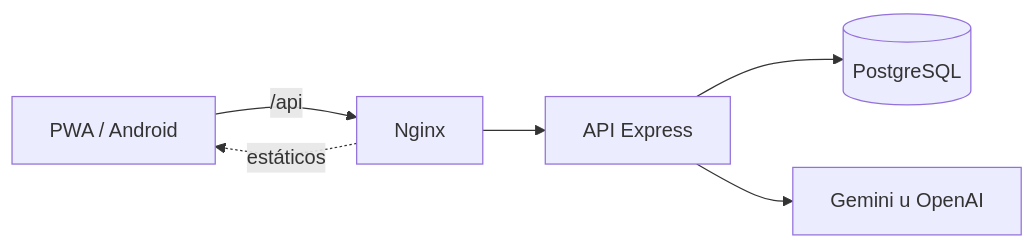
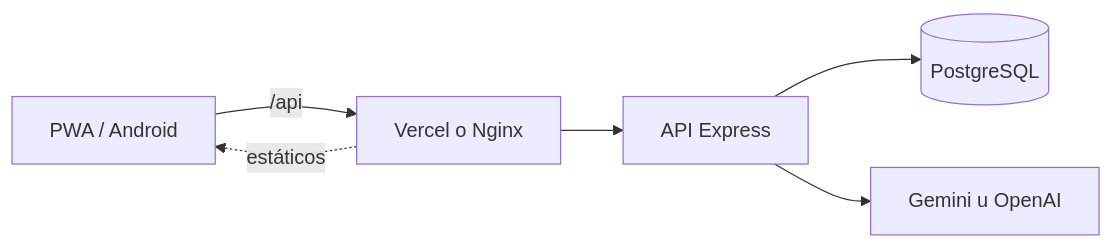
The diagram in README.md (AgustinBouzonn/open-AcordesAI), drawn with Mermaid before and after one commit. The commit also changed other lines of this file and 16 other files, not shown here.

````diff
--- a/README.md
+++ b/README.md
@@ -94,8 +94,8 @@
 ```mermaid
 flowchart LR
-  A[PWA / Android] -->|/api| B[Nginx]
+  A[PWA / Android] -->|/api| B[Vercel o Nginx]
   B --> C[API Express]
   B -.->|estáticos| A
   C --> D[(PostgreSQL)]
   C --> E[Gemini u OpenAI]
 ```
````
